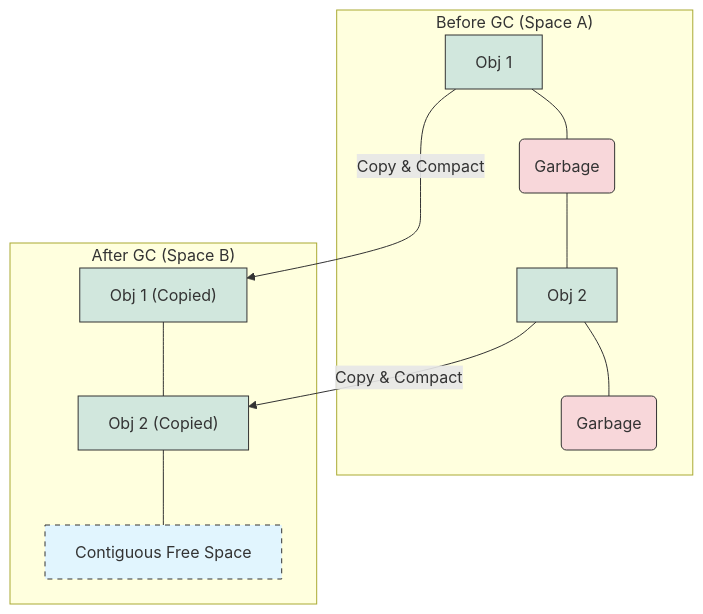
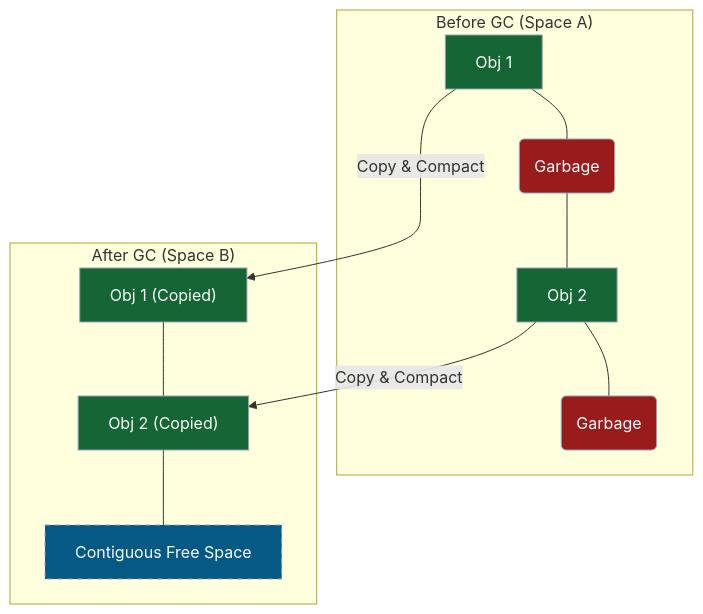
The second of 2 diagrams in _posts/java/08-gc/2026-01-17-대표적인-gc-알고리즘(mark,-sweep,-compact).md (Kang-Hyesung/kang-hyesung.github.io), drawn with Mermaid before and after one commit. The commit also changed other lines of this file and 74 other files, not shown here.

Commit message:
docs: update post visibility and mermaid colors

````diff
--- a/_posts/java/08-gc/2026-01-17-대표적인-gc-알고리즘(mark,-sweep,-compact).md
+++ b/_posts/java/08-gc/2026-01-17-대표적인-gc-알고리즘(mark,-sweep,-compact).md
@@ -63,23 +63,23 @@
 ```mermaid
 graph TB
     subgraph "Before GC (Space A)"
     A1["Obj 1"] --- X1("Garbage") --- A2["Obj 2"] --- X2("Garbage")
     end
 
     subgraph "After GC (Space B)"
     B1["Obj 1 (Copied)"] --- B2["Obj 2 (Copied)"] --- Free["Contiguous Free Space"]
     end
 
     A1 -->|Copy & Compact| B1
     A2 -->|Copy & Compact| B2
 
-    style A1 fill:#d1e7dd,stroke:#333
-    style A2 fill:#d1e7dd,stroke:#333
-    style X1 fill:#f8d7da,stroke:#333
-    style X2 fill:#f8d7da,stroke:#333
-    style B1 fill:#d1e7dd,stroke:#333
-    style B2 fill:#d1e7dd,stroke:#333
-    style Free fill:#e1f5fe,stroke:#333,stroke-dasharray: 5 5
+    style A1 fill:#166534,stroke:#94a3b8,color:#f8fafc
+    style A2 fill:#166534,stroke:#94a3b8,color:#f8fafc
+    style X1 fill:#991b1b,stroke:#94a3b8,color:#f8fafc
+    style X2 fill:#991b1b,stroke:#94a3b8,color:#f8fafc
+    style B1 fill:#166534,stroke:#94a3b8,color:#f8fafc
+    style B2 fill:#166534,stroke:#94a3b8,color:#f8fafc
+    style Free fill:#075985,stroke:#94a3b8,stroke-dasharray: 5 5,color:#f8fafc
 
 
 ```
````
